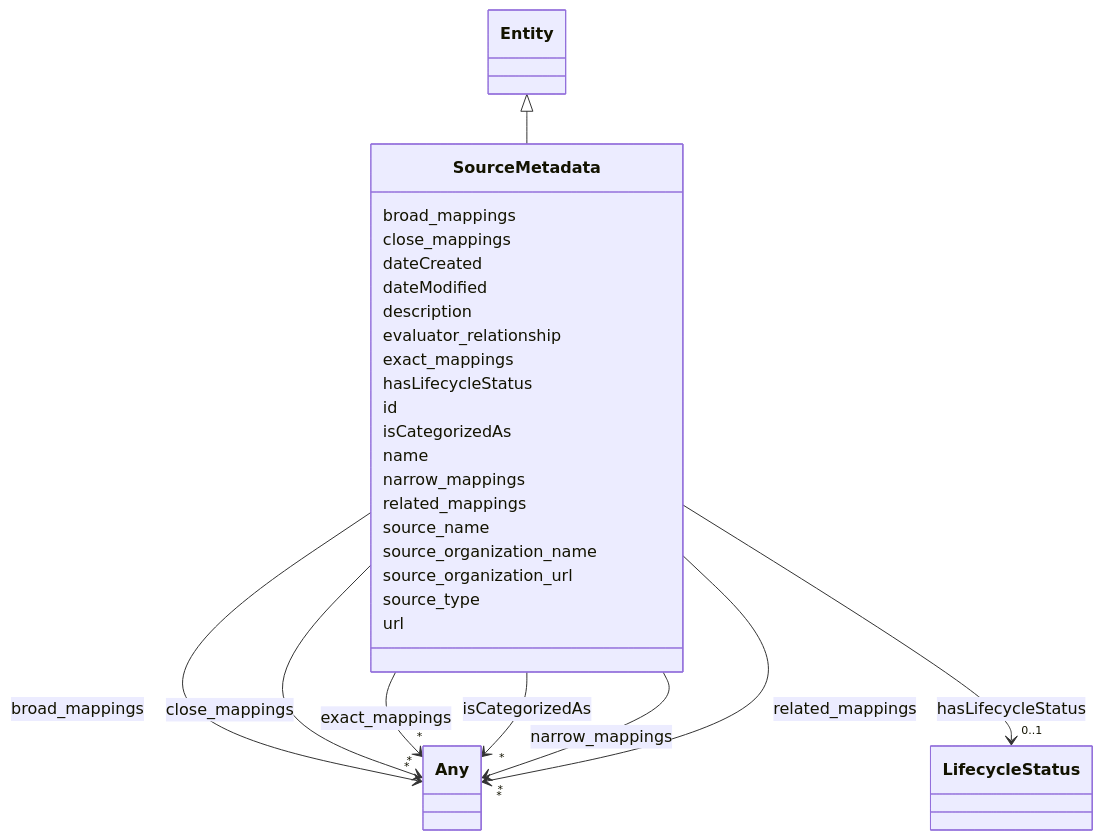
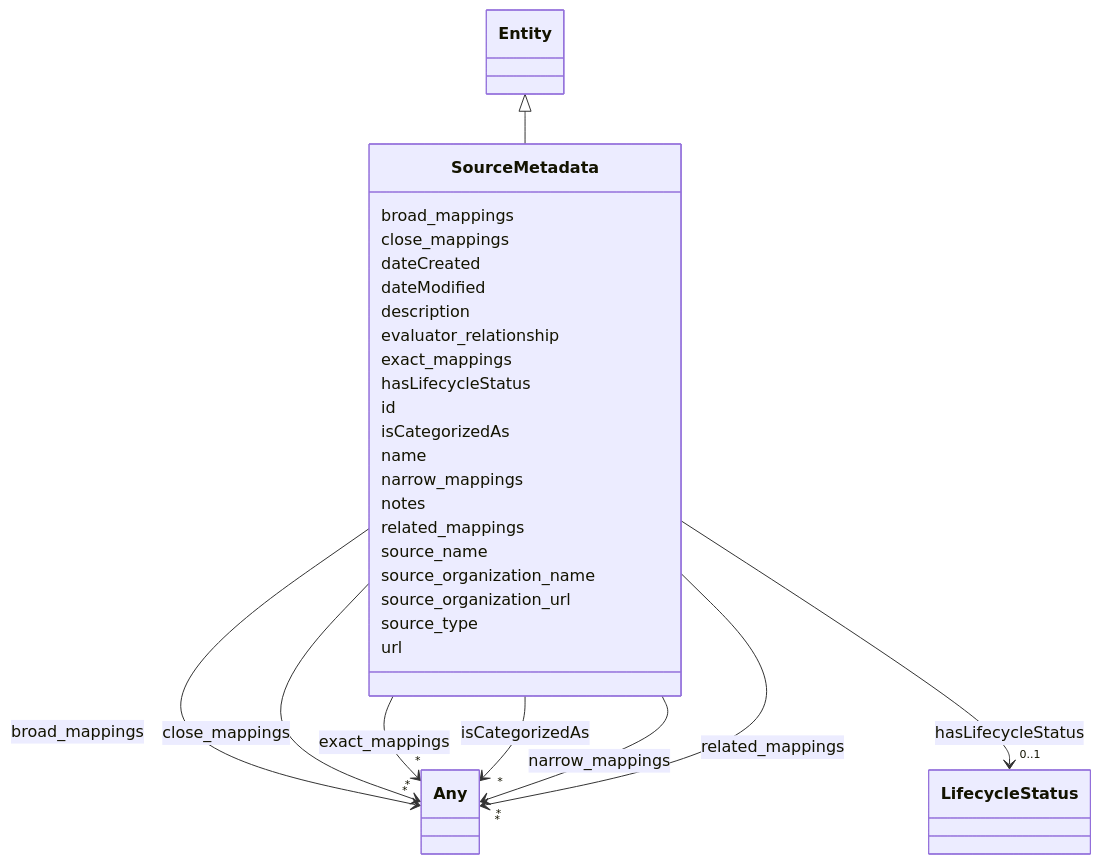
The diagram in docs/ontology/SourceMetadata.md (ingelise/risk-atlas-nexus), drawn with Mermaid before and after one commit. The commit also changed other lines of this file and 318 other files, not shown here.

```diff
--- a/docs/ontology/SourceMetadata.md
+++ b/docs/ontology/SourceMetadata.md
@@ -96,6 +96,8 @@
 
 
 
+      SourceMetadata : notes
+
       SourceMetadata : related_mappings
 
 
```
